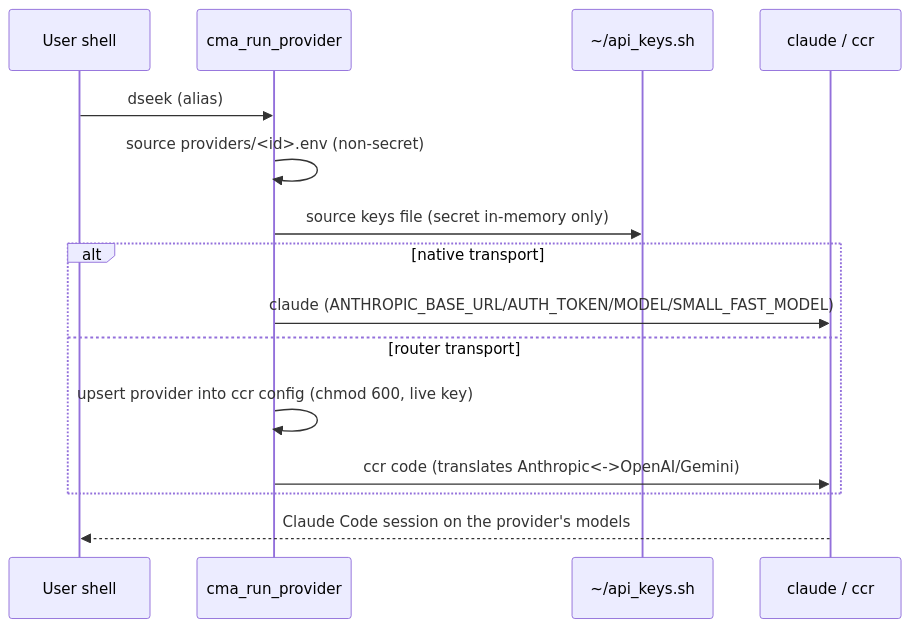
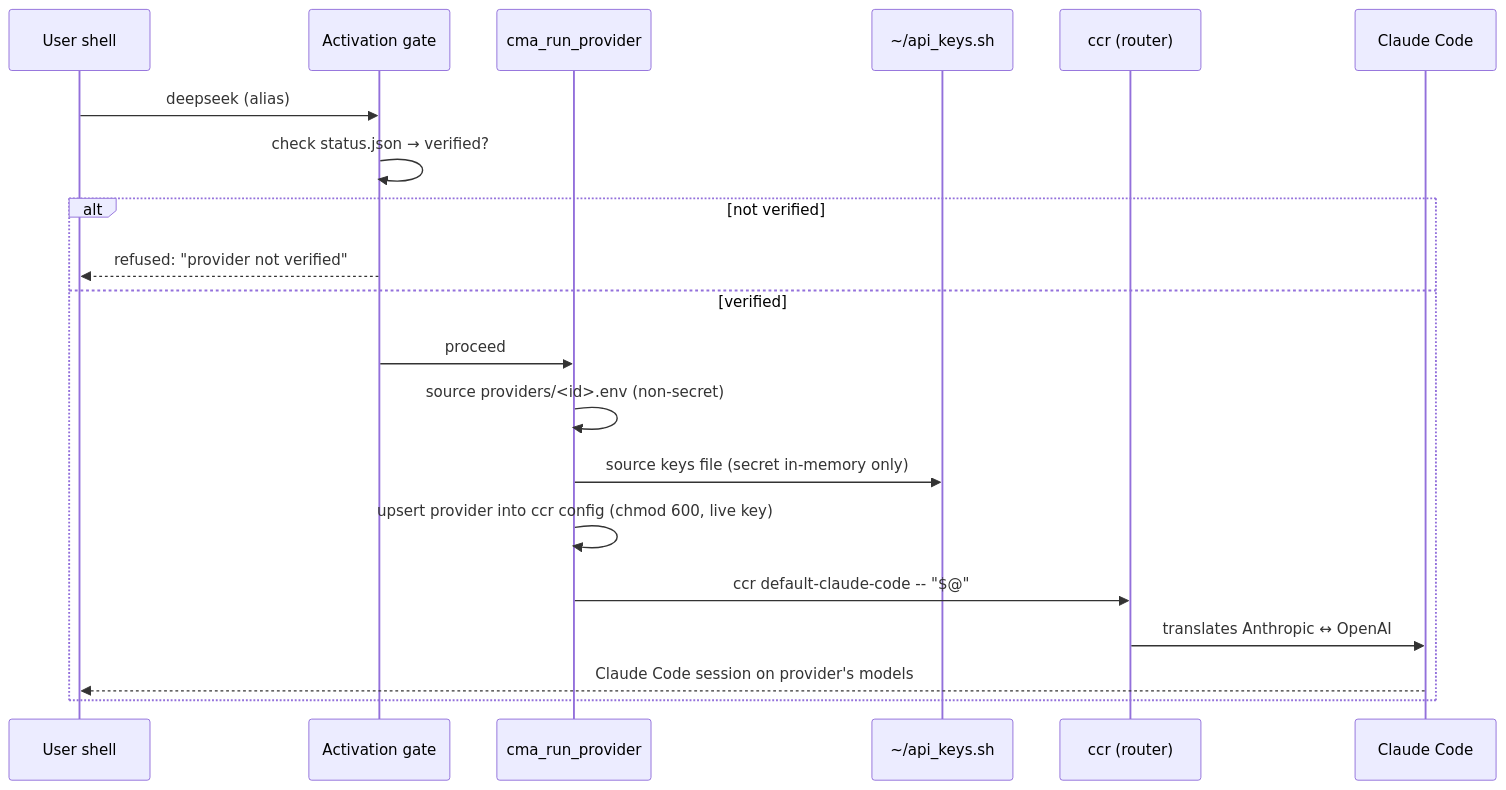
One commit to vasic-digital/claude-toolkit changed the fourth of 4 diagrams in docs/diagrams/provider-aliases.md. Above: the diagram before and after it, drawn with Mermaid. The commit also changed other lines of this file and 2 other files, not shown here.

Commit message:
docs: provider verification guide, FAQ, and updated diagrams (Phase 3)
Added:
- docs/Provider_Verification_Guide.md — 4-layer verification pipeline,
  status vocabulary, commands, common issues, file locations
- docs/Provider_FAQ.md — general, verification, ccr, keys, sessions

Updated:
- docs/diagrams/provider-aliases.md — added verification pipeline
  diagram (layer 1-4 flowchart), updated launch flow to show activation
  gate + all-router transport

````diff
--- a/docs/diagrams/provider-aliases.md
+++ b/docs/diagrams/provider-aliases.md
@@ -67,17 +85,22 @@
 ```mermaid
 sequenceDiagram
   participant U as User shell
+  participant G as Activation gate
   participant W as cma_run_provider
   participant K as ~/api_keys.sh
-  participant C as claude / ccr
-  U->>W: dseek  (alias)
-  W->>W: source providers/<id>.env (non-secret)
-  W->>K: source keys file (secret in-memory only)
-  alt native transport
-    W->>C: claude  (ANTHROPIC_BASE_URL/AUTH_TOKEN/MODEL/SMALL_FAST_MODEL)
-  else router transport
+  participant R as ccr (router)
+  participant C as Claude Code
+  U->>G: deepseek  (alias)
+  G->>G: check status.json → verified?
+  alt not verified
+    G-->>U: refused: "provider not verified"
+  else verified
+    G->>W: proceed
+    W->>W: source providers/<id>.env (non-secret)
+    W->>K: source keys file (secret in-memory only)
     W->>W: upsert provider into ccr config (chmod 600, live key)
-    W->>C: ccr code  (translates Anthropic<->OpenAI/Gemini)
+    W->>R: ccr default-claude-code -- "$@"
+    R->>C: translates Anthropic ↔ OpenAI
+    C-->>U: Claude Code session on provider's models
   end
-  C-->>U: Claude Code session on the provider's models
 ```
````
